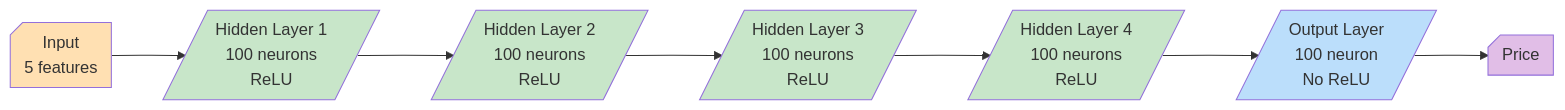
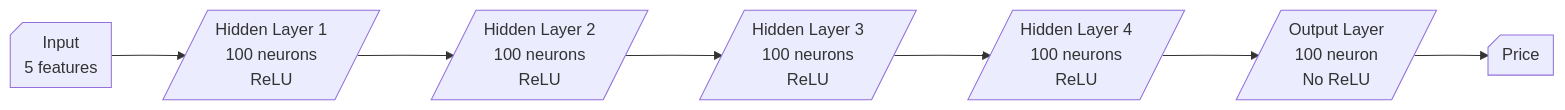
Before and after one commit to Matt-Olek/CUDA-Log-Variance-Gamma-model: the diagram in README.md, drawn with Mermaid. The commit also changed other lines of this file, not shown here.

````diff
--- a/README.md
+++ b/README.md
@@ -161,24 +162,18 @@
 ```mermaid
 flowchart LR
     Input["Input<br>5 features"] --> H1["Hidden Layer 1<br>100 neurons<br>ReLU"]
     H1 --> H2["Hidden Layer 2<br>100 neurons<br>ReLU"]
     H2 --> H3["Hidden Layer 3<br>100 neurons<br>ReLU"]
     H3 --> H4["Hidden Layer 4<br>100 neurons<br>ReLU"]
     H4 --> OutputL["Output Layer<br>100 neuron<br> No ReLU"]
     OutputL --> n1["Price"]
 
     Input@{ shape: card}
     H1@{ shape: lean-r}
     H2@{ shape: lean-r}
     H3@{ shape: lean-r}
     H4@{ shape: lean-r}
     OutputL@{ shape: lean-r}
     n1@{ shape: card}
-    style Input fill:#FFE0B2
-    style H1 fill:#C8E6C9
-    style H2 fill:#C8E6C9
-    style H3 fill:#C8E6C9
-    style H4 fill:#C8E6C9
-    style OutputL fill:#BBDEFB
-    style n1 fill:#E1BEE7
+
 ```
````
